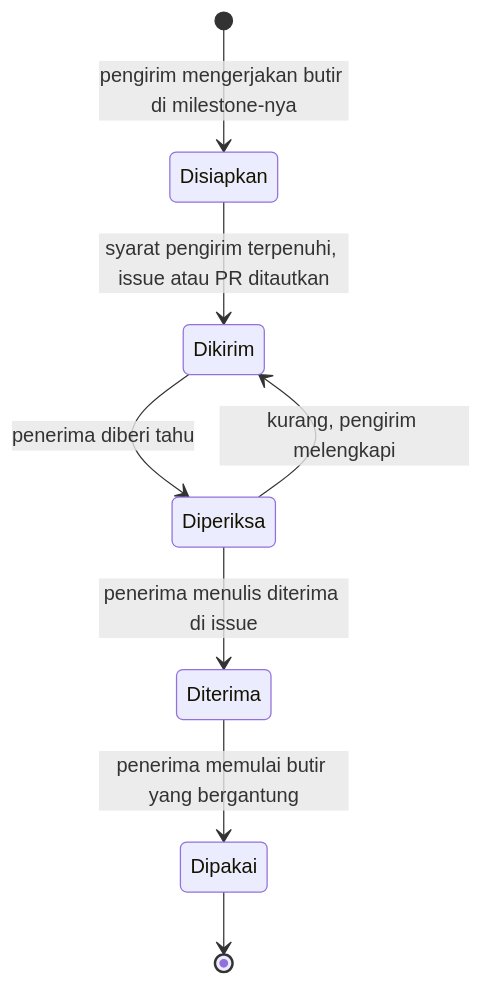
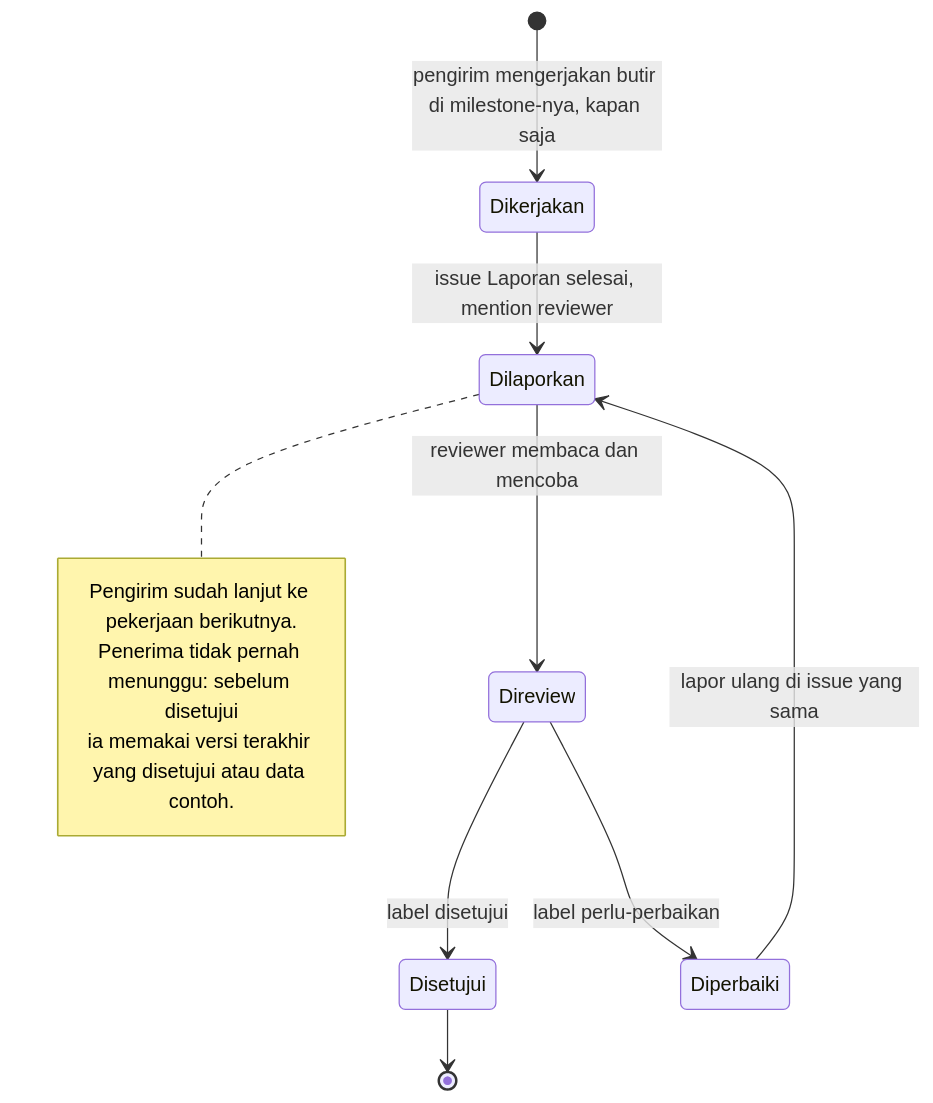
Before and after one commit to DraftAja/.github: the diagram in serah-terima/README.md, drawn with Mermaid. The commit also changed other lines of this file and 75 other files, not shown here.

First line of the commit message:
docs(docs): kerja paralel tanpa menunggu serah terima, development dan production terpisah

````diff
--- a/serah-terima/README.md
+++ b/serah-terima/README.md
@@ -17,10 +40,15 @@
 ```mermaid
 stateDiagram-v2
-    [*] --> Disiapkan: pengirim mengerjakan butir di milestone-nya
-    Disiapkan --> Dikirim: syarat pengirim terpenuhi, issue atau PR ditautkan
-    Dikirim --> Diperiksa: penerima diberi tahu
-    Diperiksa --> Dikirim: kurang, pengirim melengkapi
-    Diperiksa --> Diterima: penerima menulis diterima di issue
-    Diterima --> Dipakai: penerima memulai butir yang bergantung
-    Dipakai --> [*]
+    [*] --> Dikerjakan: pengirim mengerjakan butir di milestone-nya, kapan saja
+    Dikerjakan --> Dilaporkan: issue Laporan selesai, mention reviewer
+    Dilaporkan --> Direview: reviewer membaca dan mencoba
+    Direview --> Disetujui: label disetujui
+    Direview --> Diperbaiki: label perlu-perbaikan
+    Diperbaiki --> Dilaporkan: lapor ulang di issue yang sama
+    Disetujui --> [*]
+    note right of Dilaporkan
+        Pengirim sudah lanjut ke pekerjaan berikutnya.
+        Penerima tidak pernah menunggu: sebelum disetujui
+        ia memakai versi terakhir yang disetujui atau data contoh.
+    end note
 ```
````
